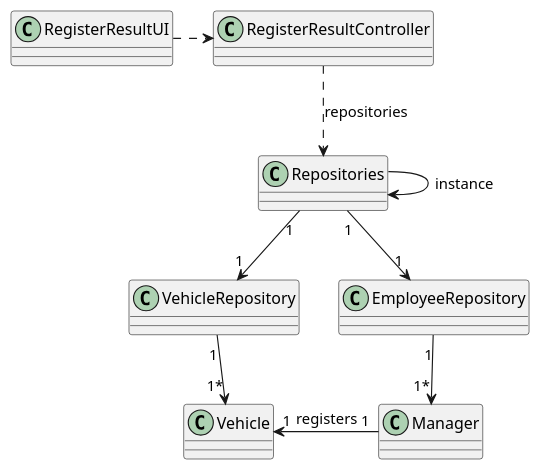
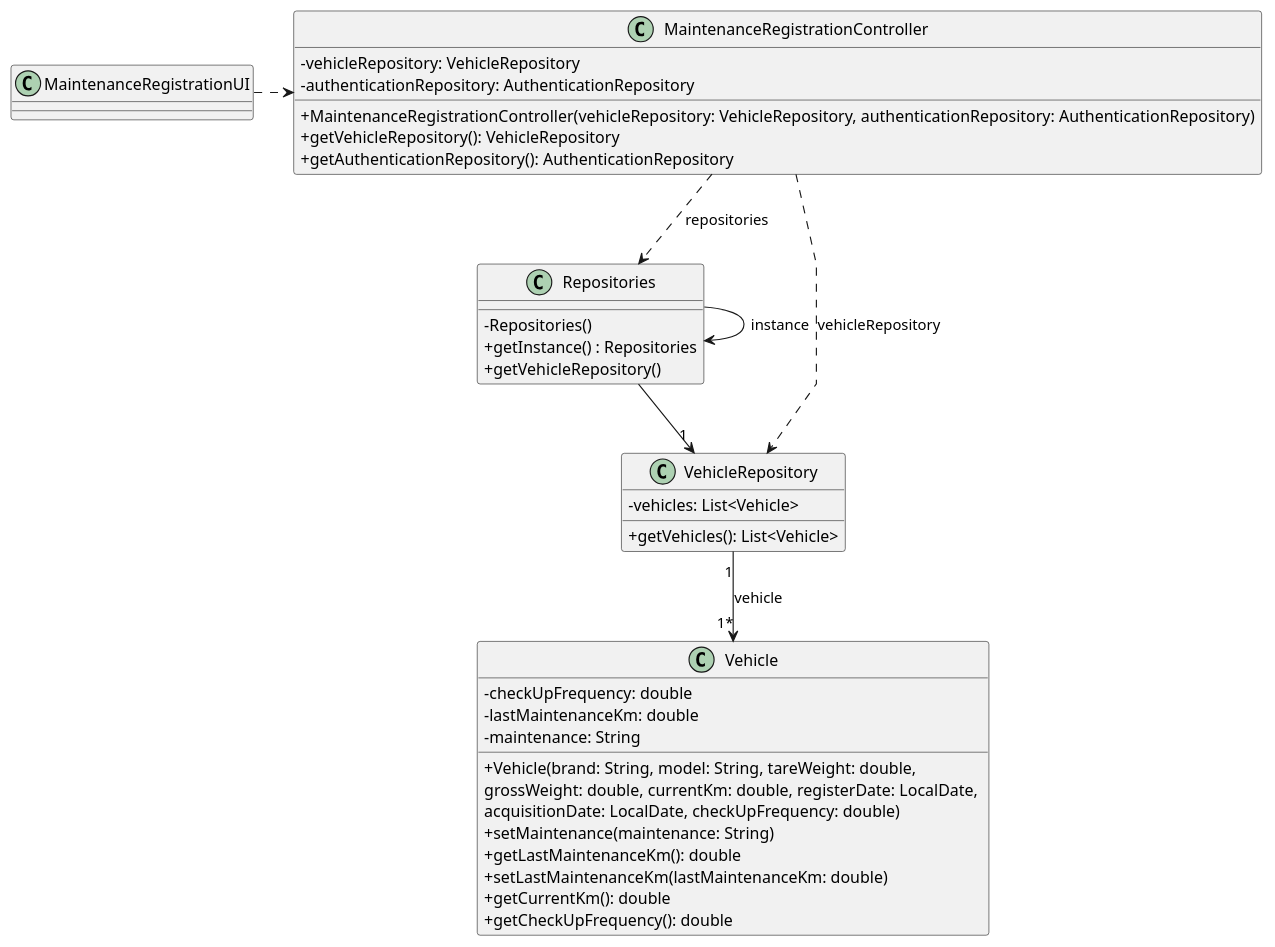
The diagram in docs/sprintB/us007/03.design/puml/us007-class-diagram.puml (Departamento-de-Engenharia-Informatica/lei-24-s2-1df-1de-g063), drawn with PlantUML before and after one commit. The commit also changed 4 other files, not shown here.

Commit message:
design class diagram

```diff
--- a/docs/sprintB/us007/03.design/puml/us007-class-diagram.puml
+++ b/docs/sprintB/us007/03.design/puml/us007-class-diagram.puml
@@ -1,49 +1,53 @@
 @startuml
 'skinparam monochrome true
 skinparam packageStyle rectangle
 skinparam shadowing false
 skinparam linetype polyline
 'skinparam linetype orto
 
 skinparam classAttributeIconSize 0
 
 'left to right direction
-class RegisterResultUI{
+class MaintenanceRegistrationUI {
 
 }
 
-class RegisterResultController{
-
+class MaintenanceRegistrationController {
+    -vehicleRepository: VehicleRepository
+    -authenticationRepository: AuthenticationRepository
+    +MaintenanceRegistrationController(vehicleRepository: VehicleRepository, authenticationRepository: AuthenticationRepository)
+    +getVehicleRepository(): VehicleRepository
+    +getAuthenticationRepository(): AuthenticationRepository
 }
 
 class Repositories{
-
+    - Repositories()
+    + getInstance() : Repositories
+    + getVehicleRepository()
 }
 
 class VehicleRepository{
-
+    -vehicles: List<Vehicle>
+    +getVehicles(): List<Vehicle>
 }
 
 class Vehicle{
-
+    -checkUpFrequency: double
+    -lastMaintenanceKm: double
+    -maintenance: String
+    +Vehicle(brand: String, model: String, tareWeight: double, \ngrossWeight: double, currentKm: double, registerDate: LocalDate, \nacquisitionDate: LocalDate, checkUpFrequency: double)
+    +setMaintenance(maintenance: String)
+    +getLastMaintenanceKm(): double
+    +setLastMaintenanceKm(lastMaintenanceKm: double)
+    +getCurrentKm(): double
+    +getCheckUpFrequency(): double
 }
 
-class EmployeeRepository{
-
-}
-
-class Manager{
-
-}
-
-RegisterResultUI .> RegisterResultController
-RegisterResultController ..> Repositories : repositories
+MaintenanceRegistrationUI .> MaintenanceRegistrationController
+MaintenanceRegistrationController ..> Repositories : repositories
 Repositories -> Repositories : instance
-Repositories "1" --> "1" VehicleRepository
-VehicleRepository "1" --> "1*" Vehicle
-Repositories "1" --> "1" EmployeeRepository
-EmployeeRepository "1" --> "1*"Manager
-Vehicle "1" <- "1" Manager : registers
-
+Repositories --> "1" VehicleRepository
+VehicleRepository "1" --> "1*" Vehicle : vehicle
+MaintenanceRegistrationController ..> VehicleRepository : vehicleRepository
 
 @enduml
```
